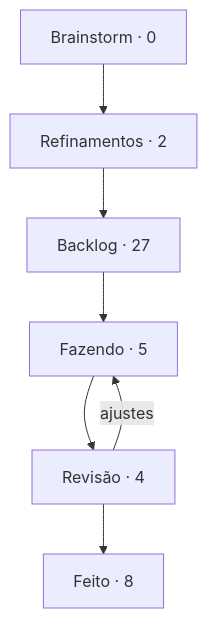
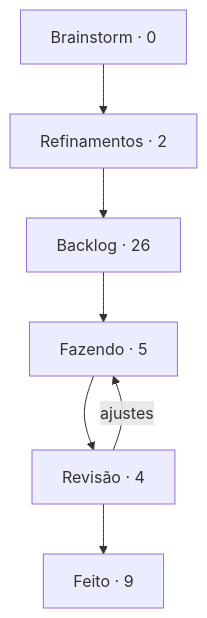
Before and after one commit to StudioVibi/VibiKanban: the diagram in boards/dungeon-bend/BOARD.md, drawn with Mermaid. The commit also changed other lines of this file and 2 other files, not shown here.

````diff
--- a/boards/dungeon-bend/BOARD.md
+++ b/boards/dungeon-bend/BOARD.md
@@ -5,12 +5,12 @@
 ```mermaid
 flowchart TD
   brainstorm["Brainstorm · 0"] --> refinamentos["Refinamentos · 2"]
-  refinamentos --> backlog["Backlog · 27"]
+  refinamentos --> backlog["Backlog · 26"]
   backlog --> doing["Fazendo · 5"]
   doing --> review["Revisão · 4"]
-  review --> done["Feito · 8"]
+  review --> done["Feito · 9"]
   review -->|ajustes| doing
   doing:::blue
   review:::yellow
   done:::green
 ```
````
